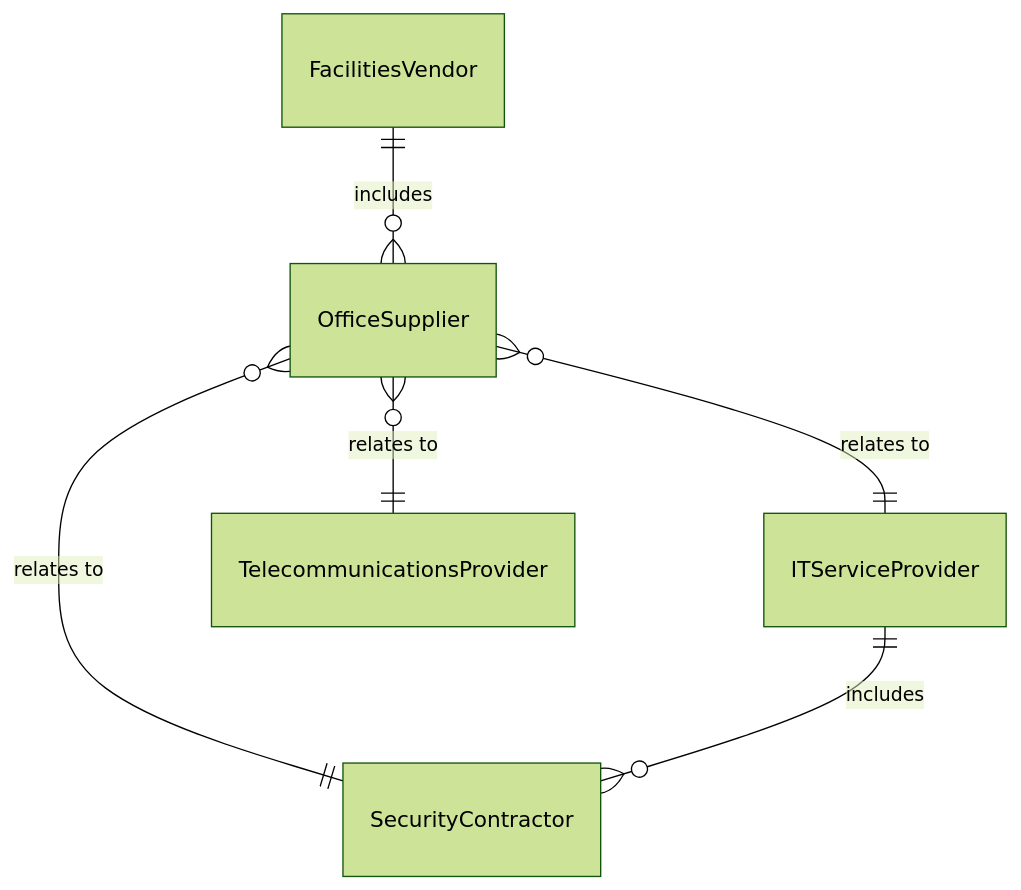
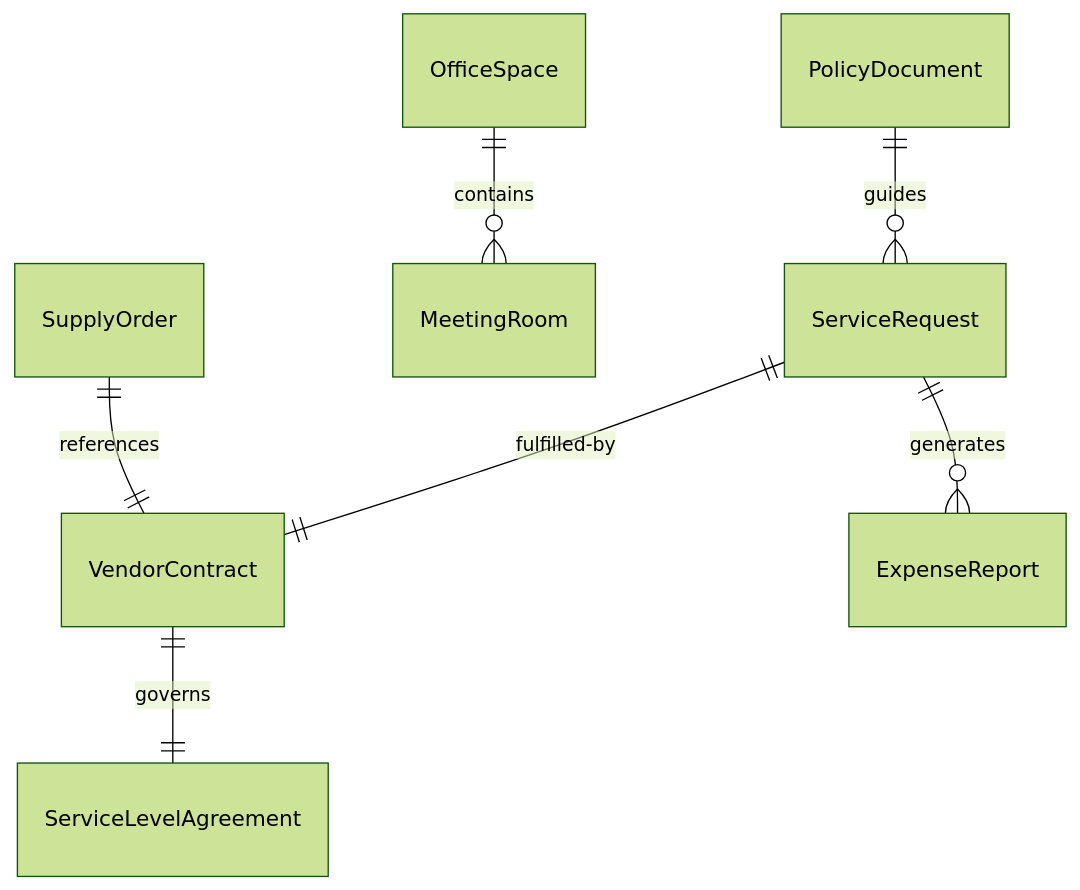
One commit to dot-org-ai/tasks.org.ai changed the first of 4 diagrams in GuidingDirectingAndMotivatingSubordinates/DirectOrganizationalOperationsActivitiesOrProcedures/DirectAdministrativeSupportServices.mdx. Above: the diagram before and after it, drawn with Mermaid (forest theme). The commit also changed other lines of this file and 515 other files, not shown here.

````diff
--- a/GuidingDirectingAndMotivatingSubordinates/DirectOrganizationalOperationsActivitiesOrProcedures/DirectAdministrativeSupportServices.mdx
+++ b/GuidingDirectingAndMotivatingSubordinates/DirectOrganizationalOperationsActivitiesOrProcedures/DirectAdministrativeSupportServices.mdx
@@ -94,8 +94,9 @@
 ```mermaid
 erDiagram
-    FacilitiesVendor ||--o{ OfficeSupplier : includes
-    OfficeSupplier }o--|| ITServiceProvider : "relates to"
-    OfficeSupplier }o--|| SecurityContractor : "relates to"
-    OfficeSupplier }o--|| TelecommunicationsProvider : "relates to"
-    ITServiceProvider ||--o{ SecurityContractor : includes
+    ServiceRequest ||--|| VendorContract : "fulfilled-by"
+    VendorContract ||--|| ServiceLevelAgreement : "governs"
+    OfficeSpace ||--o{ MeetingRoom : "contains"
+    ServiceRequest ||--o{ ExpenseReport : "generates"
+    PolicyDocument ||--o{ ServiceRequest : "guides"
+    SupplyOrder ||--|| VendorContract : "references"
 ```
````
